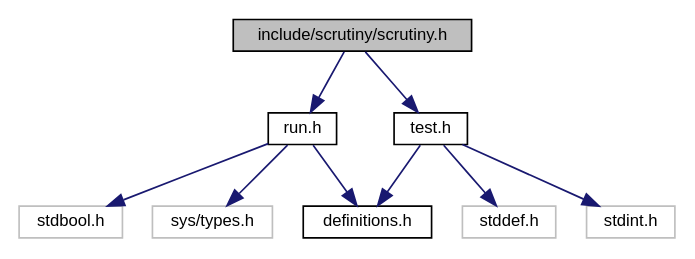
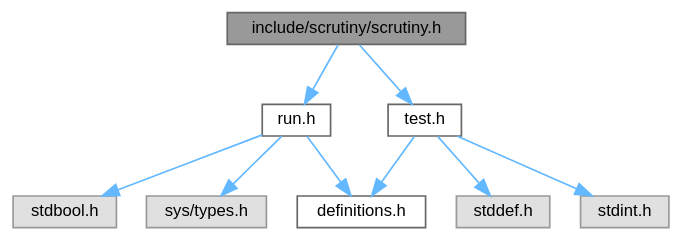
The diagram in docs/scrutiny_8h__incl.dot (nickeldan/scrutiny), drawn with Graphviz before and after one commit. The commit also changed 103 other files, not shown here.

```diff
--- a/docs/scrutiny_8h__incl.dot
+++ b/docs/scrutiny_8h__incl.dot
@@ -1,22 +1,23 @@
 digraph "include/scrutiny/scrutiny.h"
 {
  // LATEX_PDF_SIZE
-  edge [fontname="Helvetica",fontsize="10",labelfontname="Helvetica",labelfontsize="10"];
-  node [fontname="Helvetica",fontsize="10",shape=record];
-  Node1 [label="include/scrutiny/scrutiny.h",height=0.2,width=0.4,color="black", fillcolor="grey75", style="filled", fontcolor="black",tooltip="Master include file."];
-  Node1 -> Node2 [color="midnightblue",fontsize="10",style="solid",fontname="Helvetica"];
-  Node2 [label="run.h",height=0.2,width=0.4,color="black", fillcolor="white", style="filled",URL="$run_8h.html",tooltip="Defines the runner functionality."];
-  Node2 -> Node3 [color="midnightblue",fontsize="10",style="solid",fontname="Helvetica"];
-  Node3 [label="stdbool.h",height=0.2,width=0.4,color="grey75", fillcolor="white", style="filled",tooltip=" "];
-  Node2 -> Node4 [color="midnightblue",fontsize="10",style="solid",fontname="Helvetica"];
-  Node4 [label="sys/types.h",height=0.2,width=0.4,color="grey75", fillcolor="white", style="filled",tooltip=" "];
-  Node2 -> Node5 [color="midnightblue",fontsize="10",style="solid",fontname="Helvetica"];
-  Node5 [label="definitions.h",height=0.2,width=0.4,color="black", fillcolor="white", style="filled",URL="$definitions_8h_source.html",tooltip=" "];
-  Node1 -> Node6 [color="midnightblue",fontsize="10",style="solid",fontname="Helvetica"];
-  Node6 [label="test.h",height=0.2,width=0.4,color="black", fillcolor="white", style="filled",URL="$test_8h.html",tooltip="Defines the test macros."];
-  Node6 -> Node7 [color="midnightblue",fontsize="10",style="solid",fontname="Helvetica"];
-  Node7 [label="stddef.h",height=0.2,width=0.4,color="grey75", fillcolor="white", style="filled",tooltip=" "];
-  Node6 -> Node8 [color="midnightblue",fontsize="10",style="solid",fontname="Helvetica"];
-  Node8 [label="stdint.h",height=0.2,width=0.4,color="grey75", fillcolor="white", style="filled",tooltip=" "];
-  Node6 -> Node5 [color="midnightblue",fontsize="10",style="solid",fontname="Helvetica"];
+  bgcolor="transparent";
+  edge [fontname=Helvetica,fontsize=10,labelfontname=Helvetica,labelfontsize=10];
+  node [fontname=Helvetica,fontsize=10,shape=box,height=0.2,width=0.4];
+  Node1 [id="Node000001",label="include/scrutiny/scrutiny.h",height=0.2,width=0.4,color="gray40", fillcolor="grey60", style="filled", fontcolor="black",tooltip="Master include file."];
+  Node1 -> Node2 [id="edge1_Node000001_Node000002",color="steelblue1",style="solid",tooltip=" "];
+  Node2 [id="Node000002",label="run.h",height=0.2,width=0.4,color="grey40", fillcolor="white", style="filled",URL="$run_8h.html",tooltip="Defines the runner functionality."];
+  Node2 -> Node3 [id="edge2_Node000002_Node000003",color="steelblue1",style="solid",tooltip=" "];
+  Node3 [id="Node000003",label="stdbool.h",height=0.2,width=0.4,color="grey60", fillcolor="#E0E0E0", style="filled",tooltip=" "];
+  Node2 -> Node4 [id="edge3_Node000002_Node000004",color="steelblue1",style="solid",tooltip=" "];
+  Node4 [id="Node000004",label="sys/types.h",height=0.2,width=0.4,color="grey60", fillcolor="#E0E0E0", style="filled",tooltip=" "];
+  Node2 -> Node5 [id="edge4_Node000002_Node000005",color="steelblue1",style="solid",tooltip=" "];
+  Node5 [id="Node000005",label="definitions.h",height=0.2,width=0.4,color="grey40", fillcolor="white", style="filled",URL="$definitions_8h_source.html",tooltip=" "];
+  Node1 -> Node6 [id="edge5_Node000001_Node000006",color="steelblue1",style="solid",tooltip=" "];
+  Node6 [id="Node000006",label="test.h",height=0.2,width=0.4,color="grey40", fillcolor="white", style="filled",URL="$test_8h.html",tooltip="Defines the test macros."];
+  Node6 -> Node7 [id="edge6_Node000006_Node000007",color="steelblue1",style="solid",tooltip=" "];
+  Node7 [id="Node000007",label="stddef.h",height=0.2,width=0.4,color="grey60", fillcolor="#E0E0E0", style="filled",tooltip=" "];
+  Node6 -> Node8 [id="edge7_Node000006_Node000008",color="steelblue1",style="solid",tooltip=" "];
+  Node8 [id="Node000008",label="stdint.h",height=0.2,width=0.4,color="grey60", fillcolor="#E0E0E0", style="filled",tooltip=" "];
+  Node6 -> Node5 [id="edge8_Node000006_Node000005",color="steelblue1",style="solid",tooltip=" "];
 }
```
